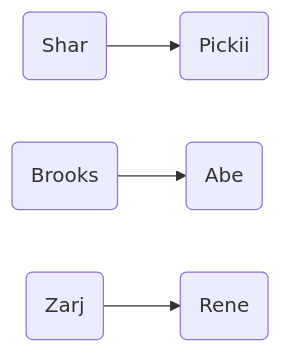
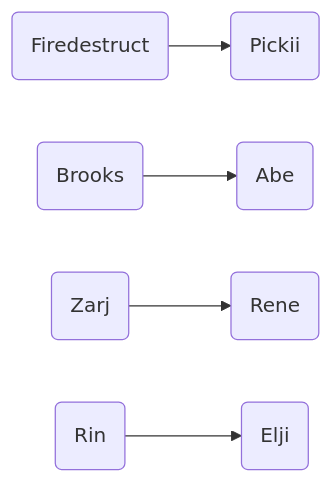
The first of 11 diagrams in wepulled/swp/README.md (leemWF/READMEVault), drawn with Mermaid before and after one commit. The commit also changed other lines of this file, not shown here.

````diff
--- a/wepulled/swp/README.md
+++ b/wepulled/swp/README.md
@@ -5,6 +5,7 @@
 ```mermaid
 flowchart LR
-    C(Shar) --> D(Pickii)
+    C(Firedestruct) --> D(Pickii)
     E(Brooks) --> F(Abe)
     G(Zarj) --> H(Rene)
+    A(Rin) --> B(Elji)
 ```
````
